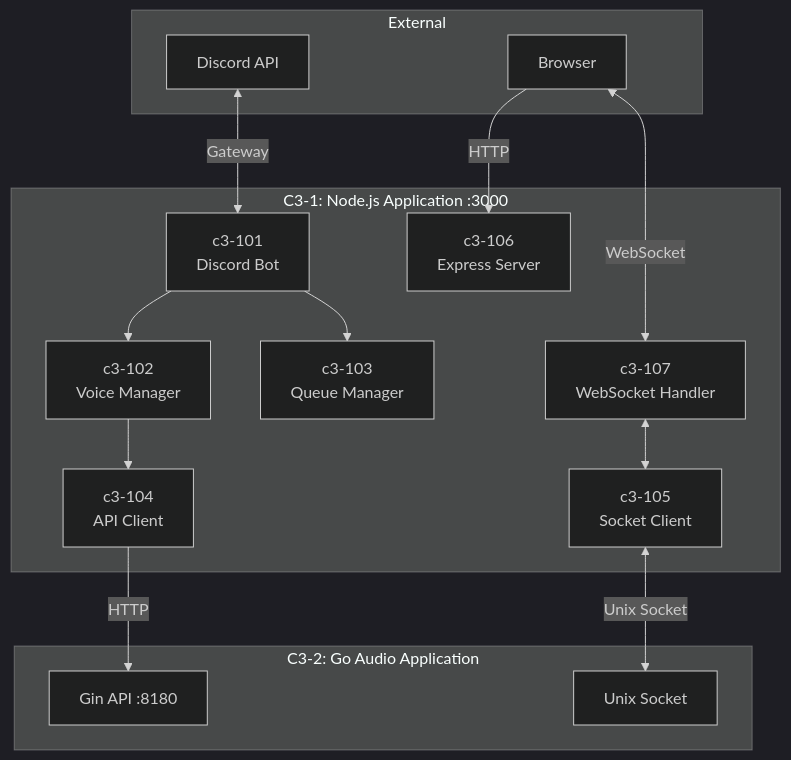
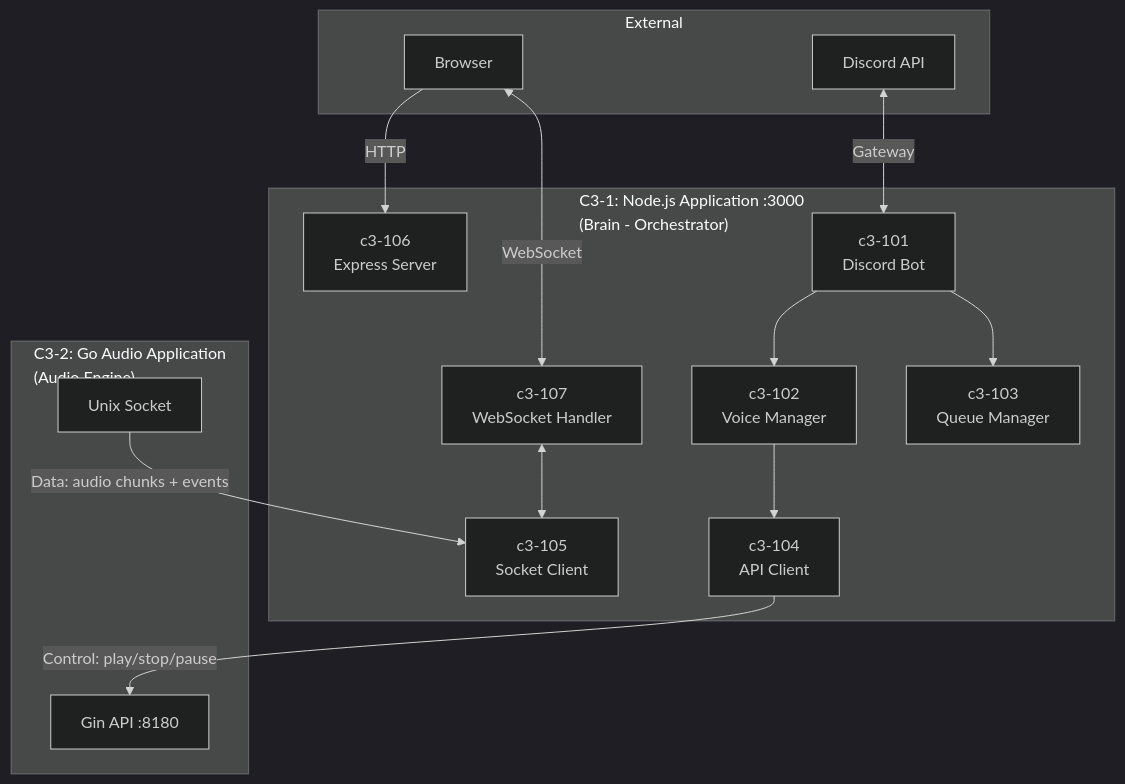
One commit to thewind121212/natashi changed the first of 6 diagrams in .c3/c3-1-nodejs/README.md. Above: the diagram before and after it, drawn with Mermaid (dark theme). The commit also changed other lines of this file and 1 other file, not shown here.

````diff
--- a/.c3/c3-1-nodejs/README.md
+++ b/.c3/c3-1-nodejs/README.md
@@ -22,32 +22,32 @@
 ```mermaid
 flowchart TB
     subgraph External["External"]
         BROWSER[Browser]
         DISCORD[Discord API]
     end
 
-    subgraph C3_1["C3-1: Node.js Application :3000"]
+    subgraph C3_1["C3-1: Node.js Application :3000<br/>(Brain - Orchestrator)"]
         c3_101[c3-101<br/>Discord Bot]
         c3_102[c3-102<br/>Voice Manager]
         c3_103[c3-103<br/>Queue Manager]
         c3_104[c3-104<br/>API Client]
         c3_105[c3-105<br/>Socket Client]
         c3_106[c3-106<br/>Express Server]
         c3_107[c3-107<br/>WebSocket Handler]
     end
 
-    subgraph C3_2["C3-2: Go Audio Application"]
+    subgraph C3_2["C3-2: Go Audio Application<br/>(Audio Engine)"]
         GO_API[Gin API :8180]
         GO_SOCKET[Unix Socket]
     end
 
     BROWSER -->|HTTP| c3_106
     BROWSER <-->|WebSocket| c3_107
     DISCORD <-->|Gateway| c3_101
     c3_101 --> c3_102
     c3_101 --> c3_103
     c3_102 --> c3_104
-    c3_104 -->|HTTP| GO_API
-    c3_105 <-->|Unix Socket| GO_SOCKET
+    c3_104 -->|"Control: play/stop/pause"| GO_API
+    GO_SOCKET -->|"Data: audio chunks + events"| c3_105
     c3_107 <--> c3_105
 ```
````
